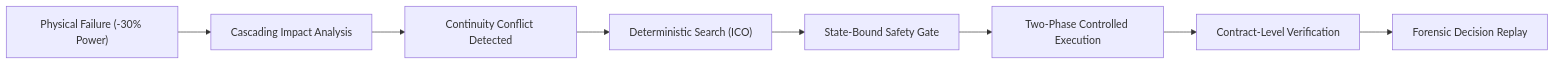
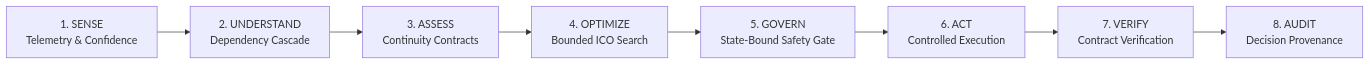
Before and after one commit to sayonikhatua2024-lgtm/CampusGuard-S3: the diagram in README.md, drawn with Mermaid. The commit also changed other lines of this file and 13 other files, not shown here.

````diff
--- a/README.md
+++ b/README.md
@@ -39,10 +67,10 @@
 ```mermaid
 flowchart LR
-    FAIL["Physical Failure (-30% Power)"] --> IMP["Cascading Impact Analysis"]
-    IMP --> CONF["Continuity Conflict Detected"]
-    CONF --> ICO["Deterministic Search (ICO)"]
-    ICO --> GATE["State-Bound Safety Gate"]
-    GATE --> EXEC["Two-Phase Controlled Execution"]
-    EXEC --> VER["Contract-Level Verification"]
-    VER --> AUDIT["Forensic Decision Replay"]
+    SENSE["1. SENSE<br/>Telemetry & Confidence"] --> UNDERSTAND["2. UNDERSTAND<br/>Dependency Cascade"]
+    UNDERSTAND --> ASSESS["3. ASSESS<br/>Continuity Contracts"]
+    ASSESS --> OPTIMIZE["4. OPTIMIZE<br/>Bounded ICO Search"]
+    OPTIMIZE --> GOVERN["5. GOVERN<br/>State-Bound Safety Gate"]
+    GOVERN --> ACT["6. ACT<br/>Controlled Execution"]
+    ACT --> VERIFY["7. VERIFY<br/>Contract Verification"]
+    VERIFY --> AUDIT["8. AUDIT<br/>Decision Provenance"]
 ```
````
